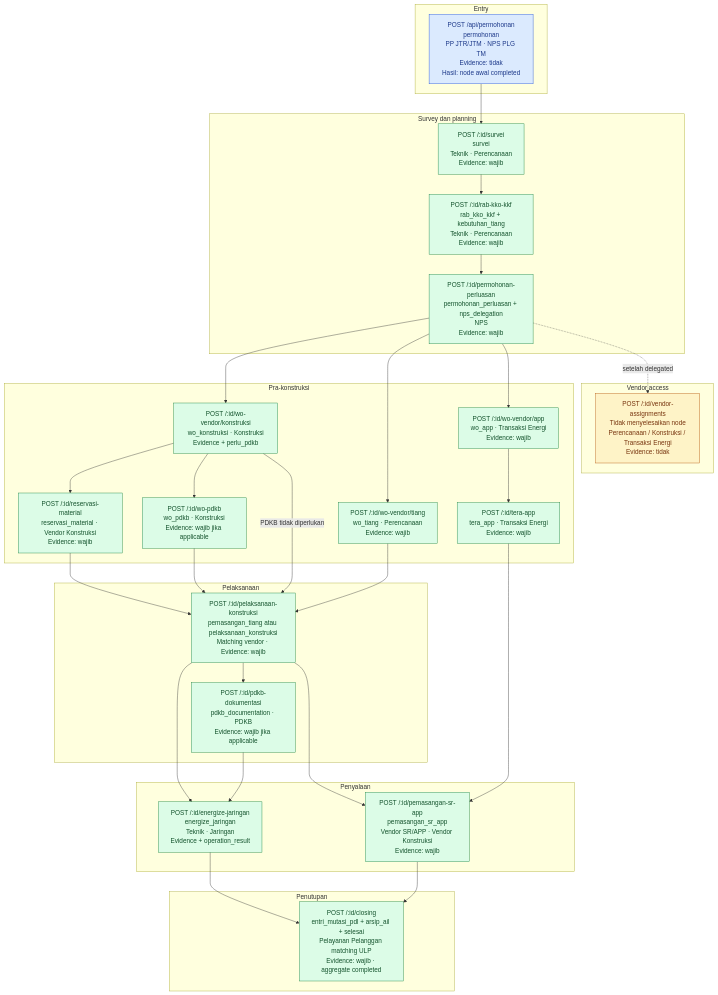
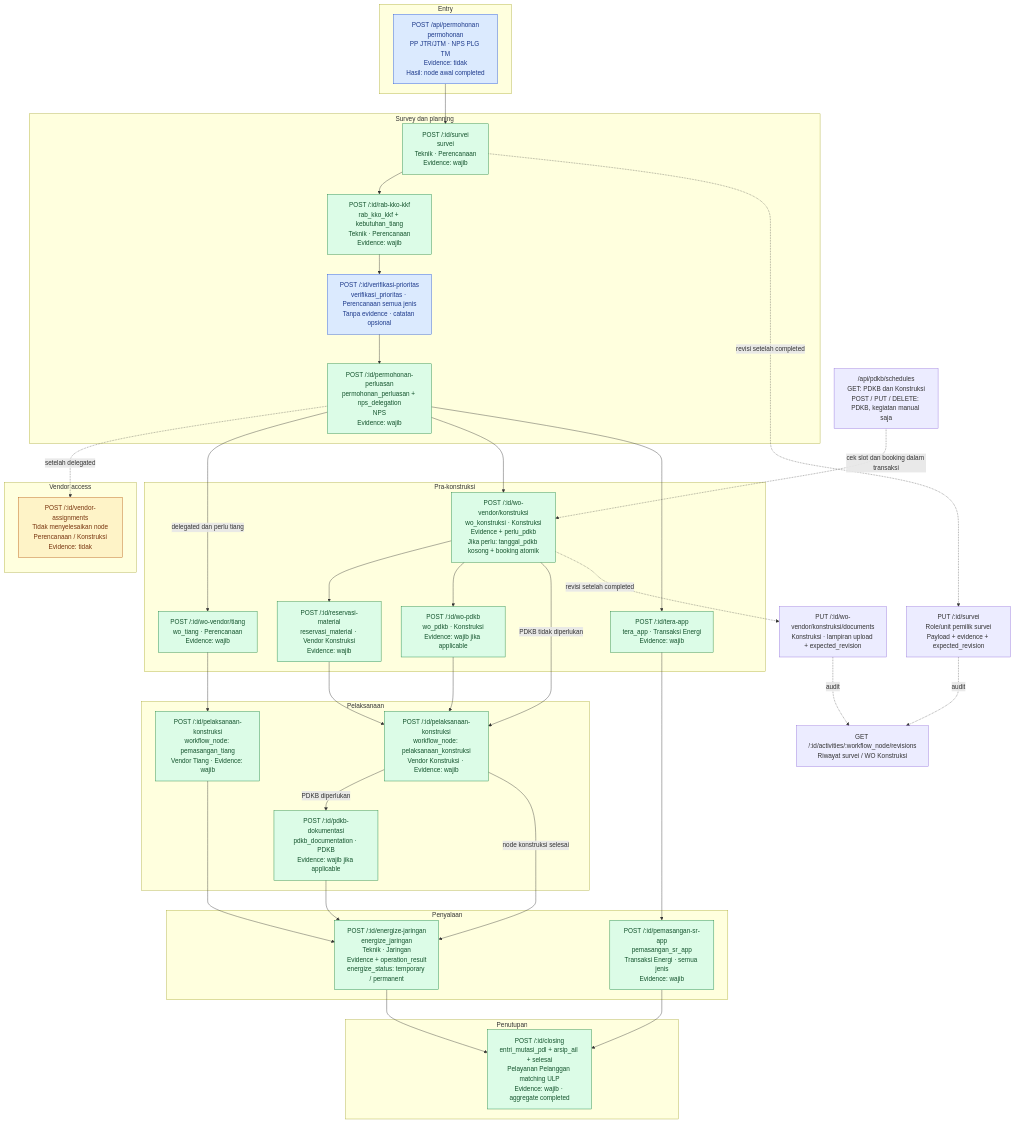
The diagram in docs/architecture/diagrams/08-api-action-map.md (pln-colabora/colabora-be), drawn with Mermaid before and after one commit. The commit also changed other lines of this file and 12 other files, not shown here.

Commit message:
docs: synchronize architecture flowcharts with current workflow

````diff
--- a/docs/architecture/diagrams/08-api-action-map.md
+++ b/docs/architecture/diagrams/08-api-action-map.md
@@ -6,58 +6,68 @@
 ```mermaid
 flowchart TB
   classDef create fill:#dbeafe,stroke:#1d4ed8,color:#1e3a8a
   classDef evidence fill:#dcfce7,stroke:#15803d,color:#14532d
   classDef assignment fill:#fef3c7,stroke:#b45309,color:#78350f
 
   subgraph ENTRY["Entry"]
     create_req["POST /api/permohonan<br/>permohonan<br/>PP JTR/JTM · NPS PLG TM<br/>Evidence: tidak<br/>Hasil: node awal completed"]
   end
   subgraph S2S3["Survey dan planning"]
     survey["POST /:id/survei<br/>survei<br/>Teknik · Perencanaan<br/>Evidence: wajib"]
     rab["POST /:id/rab-kko-kkf<br/>rab_kko_kkf + kebutuhan_tiang<br/>Teknik · Perencanaan<br/>Evidence: wajib"]
+    priority["POST /:id/verifikasi-prioritas<br/>verifikasi_prioritas · Perencanaan semua jenis<br/>Tanpa evidence · catatan opsional"]
     expansion["POST /:id/permohonan-perluasan<br/>permohonan_perluasan + nps_delegation<br/>NPS<br/>Evidence: wajib"]
   end
   subgraph ASSIGN["Vendor access"]
-    assignment_req["POST /:id/vendor-assignments<br/>Tidak menyelesaikan node<br/>Perencanaan / Konstruksi / Transaksi Energi<br/>Evidence: tidak"]
+    assignment_req["POST /:id/vendor-assignments<br/>Tidak menyelesaikan node<br/>Perencanaan / Konstruksi<br/>Evidence: tidak"]
   end
   subgraph S4["Pra-konstruksi"]
     wotiang["POST /:id/wo-vendor/tiang<br/>wo_tiang · Perencanaan<br/>Evidence: wajib"]
-    wokonstruksi["POST /:id/wo-vendor/konstruksi<br/>wo_konstruksi · Konstruksi<br/>Evidence + perlu_pdkb"]
-    woapp["POST /:id/wo-vendor/app<br/>wo_app · Transaksi Energi<br/>Evidence: wajib"]
+    wokonstruksi["POST /:id/wo-vendor/konstruksi<br/>wo_konstruksi · Konstruksi<br/>Evidence + perlu_pdkb<br/>Jika perlu: tanggal_pdkb kosong + booking atomik"]
     reservasi["POST /:id/reservasi-material<br/>reservasi_material · Vendor Konstruksi<br/>Evidence: wajib"]
     tera["POST /:id/tera-app<br/>tera_app · Transaksi Energi<br/>Evidence: wajib"]
     wopdkb["POST /:id/wo-pdkb<br/>wo_pdkb · Konstruksi<br/>Evidence: wajib jika applicable"]
   end
   subgraph S5["Pelaksanaan"]
-    construction["POST /:id/pelaksanaan-konstruksi<br/>pemasangan_tiang atau pelaksanaan_konstruksi<br/>Matching vendor · Evidence: wajib"]
+    installation["POST /:id/pelaksanaan-konstruksi<br/>workflow_node: pemasangan_tiang<br/>Vendor Tiang · Evidence: wajib"]
+    construction["POST /:id/pelaksanaan-konstruksi<br/>workflow_node: pelaksanaan_konstruksi<br/>Vendor Konstruksi · Evidence: wajib"]
     pdkbdoc["POST /:id/pdkb-dokumentasi<br/>pdkb_documentation · PDKB<br/>Evidence: wajib jika applicable"]
   end
   subgraph S6["Penyalaan"]
-    energize["POST /:id/energize-jaringan<br/>energize_jaringan<br/>Teknik · Jaringan<br/>Evidence + operation_result"]
-    srapp["POST /:id/pemasangan-sr-app<br/>pemasangan_sr_app<br/>Vendor SR/APP · Vendor Konstruksi<br/>Evidence: wajib"]
+    energize["POST /:id/energize-jaringan<br/>energize_jaringan<br/>Teknik · Jaringan<br/>Evidence + operation_result<br/>energize_status: temporary / permanent"]
+    srapp["POST /:id/pemasangan-sr-app<br/>pemasangan_sr_app<br/>Transaksi Energi · semua jenis<br/>Evidence: wajib"]
   end
   subgraph S7["Penutupan"]
     closing["POST /:id/closing<br/>entri_mutasi_pdl + arsip_ail + selesai<br/>Pelayanan Pelanggan matching ULP<br/>Evidence: wajib · aggregate completed"]
   end
 
-  create_req --> survey --> rab --> expansion
+  create_req --> survey --> rab --> priority --> expansion
   expansion -. setelah delegated .-> assignment_req
-  expansion --> wotiang
+  expansion -->|delegated dan perlu tiang| wotiang
   expansion --> wokonstruksi
-  expansion --> woapp --> tera
+  expansion --> tera
   wokonstruksi --> reservasi --> construction
   wokonstruksi --> wopdkb --> construction
   wokonstruksi -->|PDKB tidak diperlukan| construction
-  wotiang --> construction
-  construction --> pdkbdoc
-  construction --> energize
+  wotiang --> installation --> energize
+  construction -->|PDKB diperlukan| pdkbdoc
+  construction -->|node konstruksi selesai| energize
   pdkbdoc --> energize
-  construction --> srapp
   tera --> srapp
   energize --> closing
   srapp --> closing
 
-  class create_req create
-  class survey,rab,expansion,wotiang,wokonstruksi,woapp,reservasi,tera,wopdkb,construction,pdkbdoc,energize,srapp,closing evidence
+  survey_edit["PUT /:id/survei<br/>Role/unit pemilik survei<br/>Payload + evidence + expected_revision"]
+  wo_edit["PUT /:id/wo-vendor/konstruksi/documents<br/>Konstruksi · lampiran upload + expected_revision"]
+  revisions["GET /:id/activities/:workflow_node/revisions<br/>Riwayat survei / WO Konstruksi"]
+  calendar["/api/pdkb/schedules<br/>GET: PDKB dan Konstruksi<br/>POST / PUT / DELETE: PDKB, kegiatan manual saja"]
+  survey -. revisi setelah completed .-> survey_edit
+  wokonstruksi -. revisi setelah completed .-> wo_edit
+  survey_edit -. audit .-> revisions
+  wo_edit -. audit .-> revisions
+  calendar -. cek slot dan booking dalam transaksi .-> wokonstruksi
+
+  class create_req,priority create
+  class survey,rab,expansion,wotiang,wokonstruksi,reservasi,tera,wopdkb,installation,construction,pdkbdoc,energize,srapp,closing evidence
   class assignment_req assignment
 ```
````
